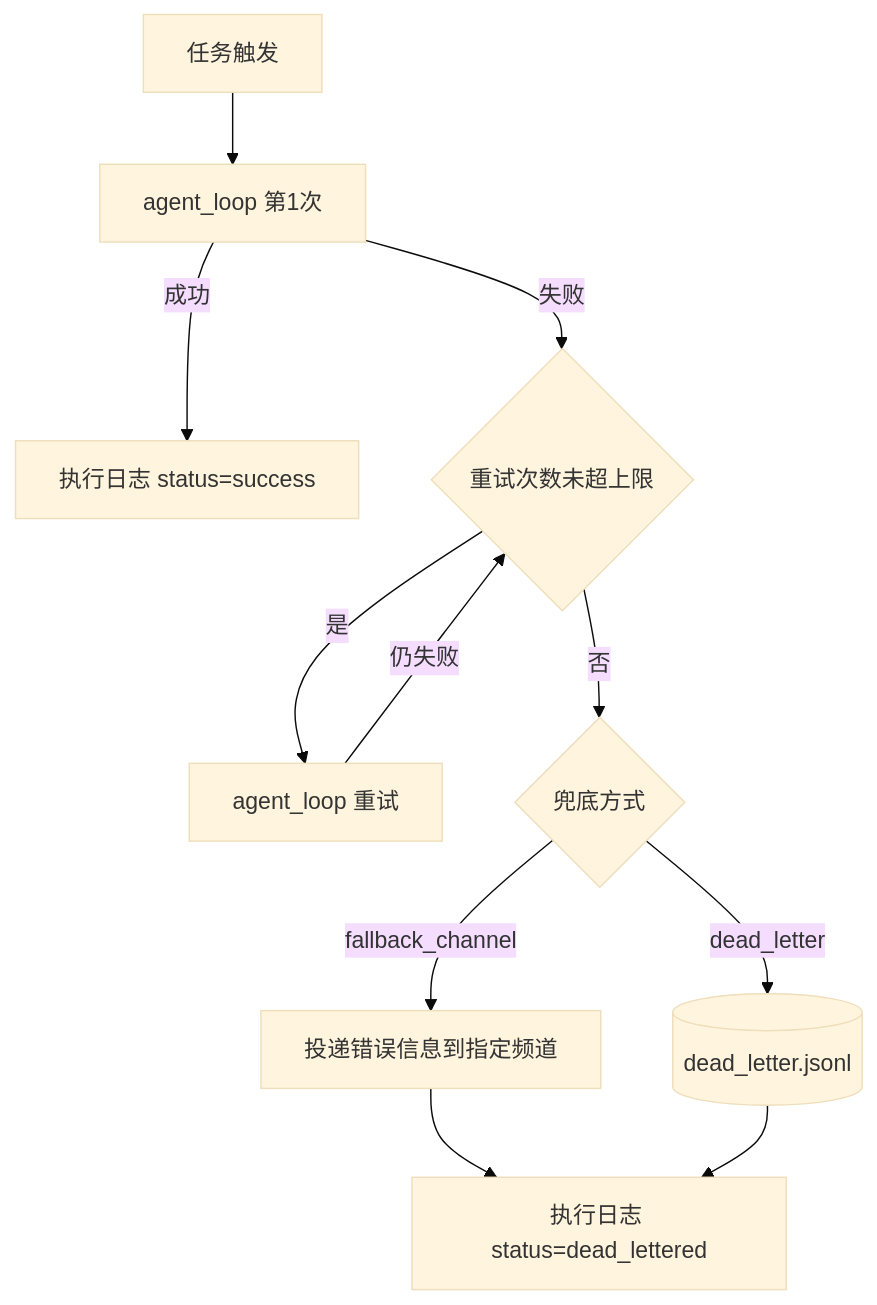
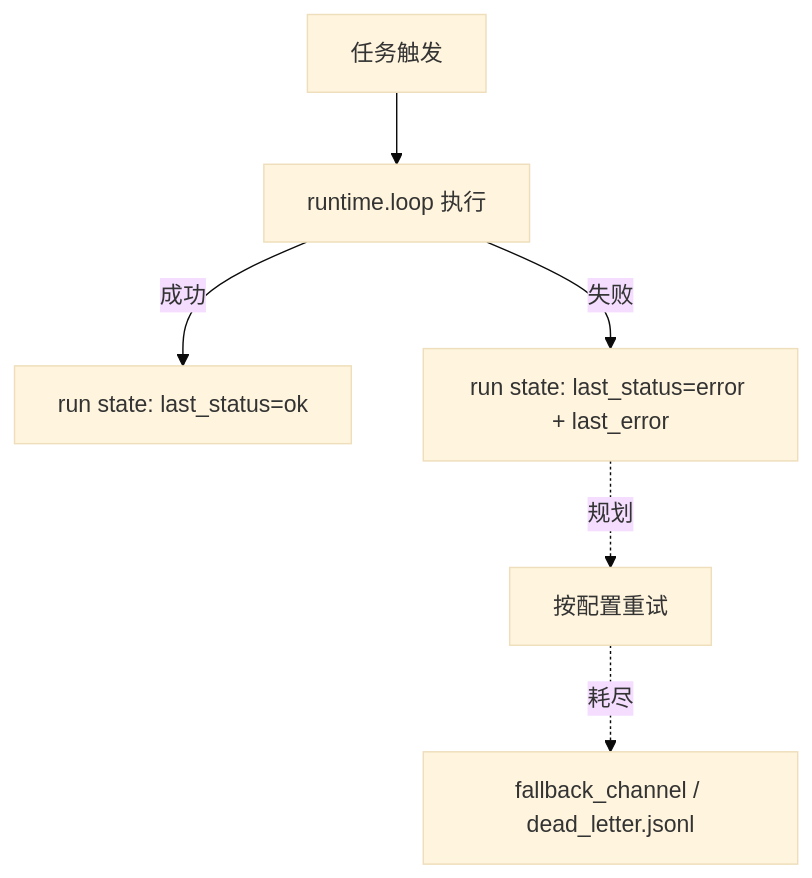
One commit to Summy2104/fleetent changed the second of 2 diagrams in docs/capabilities/scheduling.md. Above: the diagram before and after it, drawn with Mermaid (base theme). The commit also changed other lines of this file, not shown here.

First line of the commit message:
docs(scheduling): recalibrate to agent-owned model, fix stale status

````diff
--- a/docs/capabilities/scheduling.md
+++ b/docs/capabilities/scheduling.md
@@ -77,17 +44,8 @@
 ```mermaid
 flowchart TD
-    TRIGGER[任务触发] --> EXEC1["agent_loop 第1次"]
-    EXEC1 -->|"成功"| LOG_OK["执行日志 status=success"]
-    EXEC1 -->|"失败"| RETRY{"重试次数未超上限"}
-
-    RETRY -->|"是"| EXEC2["agent_loop 重试"]
-    RETRY -->|"否"| DL{"兜底方式"}
-
-    EXEC2 -->|"仍失败"| RETRY
-
-    DL -->|"fallback_channel"| CH["投递错误信息到指定频道"]
-    DL -->|"dead_letter"| DLQ[("dead_letter.jsonl")]
-
-    CH --> LOG_DL["执行日志 status=dead_lettered"]
-    DLQ --> LOG_DL
+    TRIGGER[任务触发] --> EXEC1["runtime.loop 执行"]
+    EXEC1 -->|"成功"| LOG_OK["run state: last_status=ok"]
+    EXEC1 -->|"失败"| LOG_ERR["run state: last_status=error + last_error"]
+    LOG_ERR -.->|"规划"| RETRY["按配置重试"]
+    RETRY -.->|"耗尽"| DL["fallback_channel / dead_letter.jsonl"]
 ```
````
